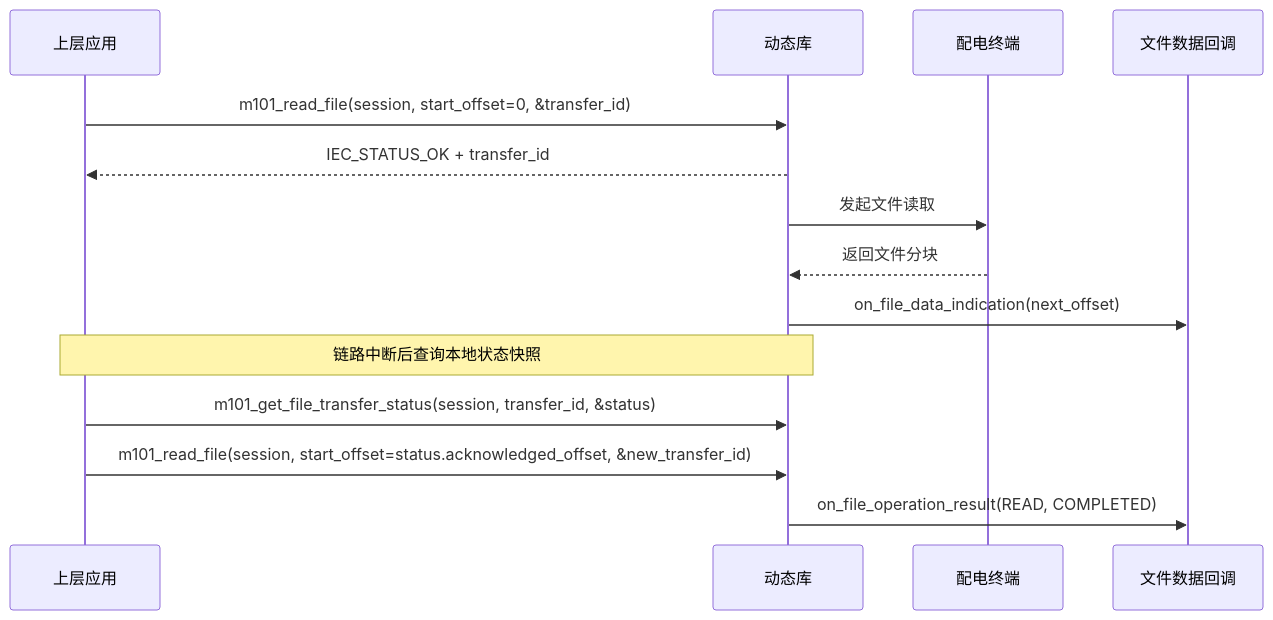
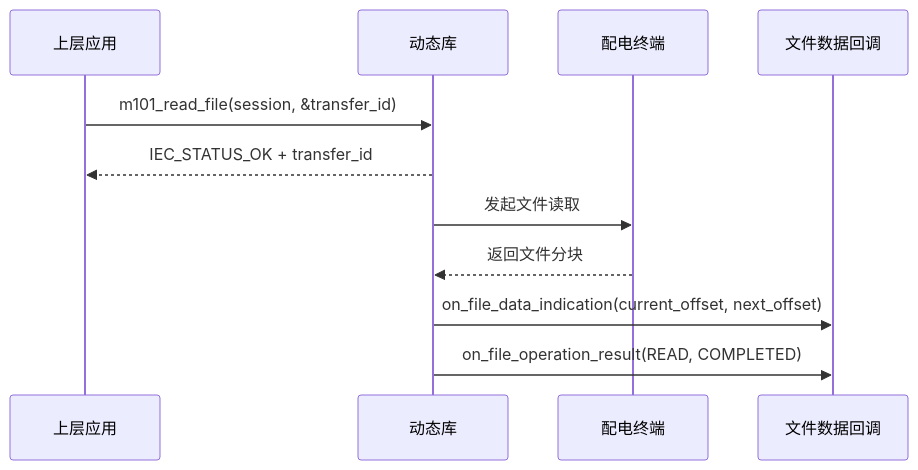
Diagram 11 of 19 in doc/api/gw_protocol_sdk_api_design.md (CcooLcyy/gw-protocol-sdk), drawn with Mermaid before and after one commit. The commit also changed other lines of this file and 2 other files, not shown here.

````diff
--- a/doc/api/gw_protocol_sdk_api_design.md
+++ b/doc/api/gw_protocol_sdk_api_design.md
@@ -2269,17 +2269,14 @@
 ```mermaid
 sequenceDiagram
     participant 应用 as 上层应用
     participant 库 as 动态库
     participant 终端 as 配电终端
     participant 回调 as 文件数据回调
 
-    应用->>库: m101_read_file(session, start_offset=0, &transfer_id)
+    应用->>库: m101_read_file(session, &transfer_id)
     库-->>应用: IEC_STATUS_OK + transfer_id
     库->>终端: 发起文件读取
     终端-->>库: 返回文件分块
-    库->>回调: on_file_data_indication(next_offset)
-    Note over 应用,库: 链路中断后查询本地状态快照
-    应用->>库: m101_get_file_transfer_status(session, transfer_id, &status)
-    应用->>库: m101_read_file(session, start_offset=status.acknowledged_offset, &new_transfer_id)
+    库->>回调: on_file_data_indication(current_offset, next_offset)
     库->>回调: on_file_operation_result(READ, COMPLETED)
 ```
````
